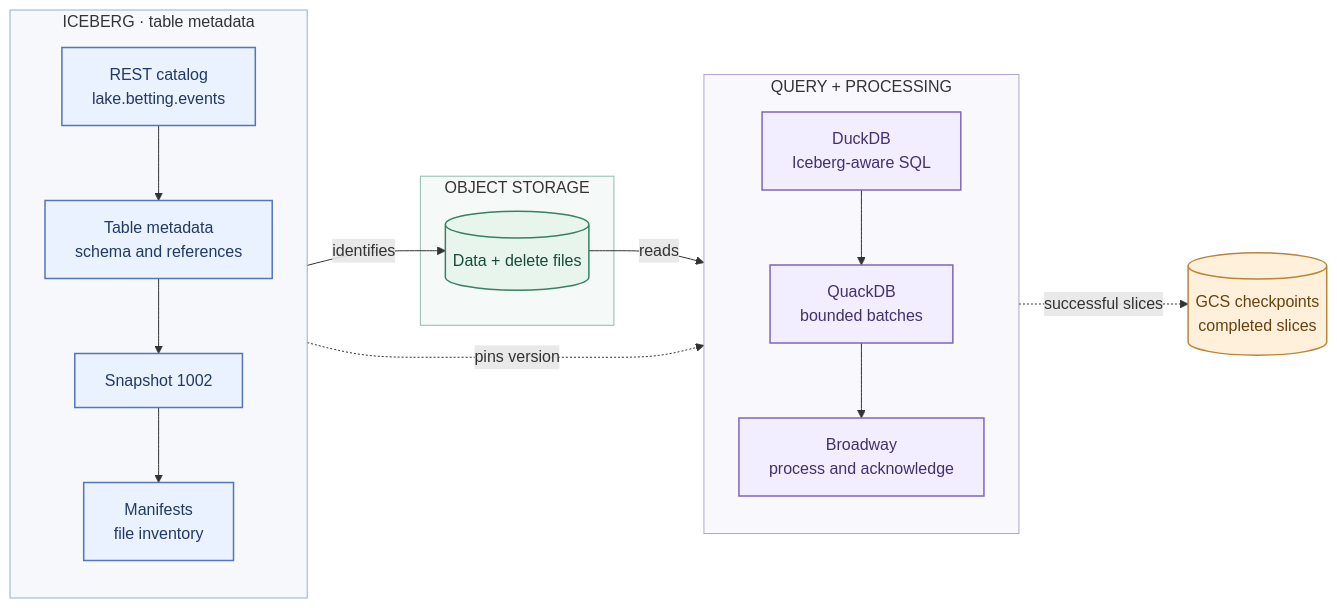
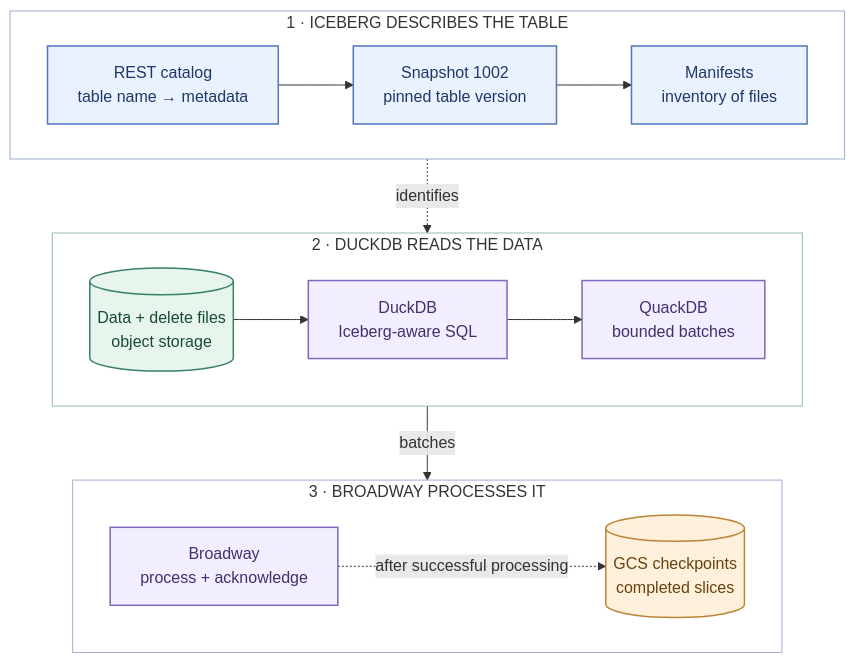
One commit to efcasado/off_broadway_iceberg changed the first of 5 diagrams in guides/iceberg-and-duckdb.md. Above: the diagram before and after it, drawn with Mermaid. The commit also changed other lines of this file, not shown here.

Commit message:
docs: clarify Mermaid data flow and independent slice readers

````diff
--- a/guides/iceberg-and-duckdb.md
+++ b/guides/iceberg-and-duckdb.md
@@ -28,42 +28,40 @@
 ```mermaid
-flowchart LR
-    subgraph Iceberg["ICEBERG · table metadata"]
-        direction TB
-        C["REST catalog<br/>lake.betting.events"]
-        M["Table metadata<br/>schema and references"]
-        S["Snapshot 1002"]
-        L["Manifests<br/>file inventory"]
-        C --> M --> S --> L
+flowchart TB
+    subgraph Meta["1 · ICEBERG DESCRIBES THE TABLE"]
+        direction LR
+        C["REST catalog<br/>table name → metadata"]
+        S["Snapshot 1002<br/>pinned table version"]
+        L["Manifests<br/>inventory of files"]
+        C --> S --> L
     end
 
-    subgraph Storage["OBJECT STORAGE"]
-        F[("Data + delete files")]
+    subgraph Read["2 · DUCKDB READS THE DATA"]
+        direction LR
+        F[("Data + delete files<br/>object storage")]
+        D["DuckDB<br/>Iceberg-aware SQL"]
+        Q["QuackDB<br/>bounded batches"]
+        F --> D --> Q
     end
 
-    subgraph Pipeline["QUERY + PROCESSING"]
-        direction TB
-        D["DuckDB<br/>Iceberg-aware SQL"]
-        Q["QuackDB<br/>bounded batches"]
-        B["Broadway<br/>process and acknowledge"]
-        D --> Q --> B
+    subgraph Process["3 · BROADWAY PROCESSES IT"]
+        direction LR
+        B["Broadway<br/>process + acknowledge"]
+        G[("GCS checkpoints<br/>completed slices")]
+        B -.->|after successful processing| G
     end
 
-    G[("GCS checkpoints<br/>completed slices")]
+    L -.->|identifies| F
+    Q -->|batches| B
 
-    L -->|identifies| F
-    F -->|reads| D
-    S -.->|pins version| D
-    B -.->|successful slices| G
-
-    classDef catalog fill:#eaf1ff,stroke:#5275bd,color:#203965,stroke-width:1.5px
+    classDef metadata fill:#eaf1ff,stroke:#5275bd,color:#203965,stroke-width:1.5px
     classDef files fill:#e7f5ed,stroke:#378263,color:#174b38,stroke-width:1.5px
     classDef compute fill:#f2edff,stroke:#8066bb,color:#42316c,stroke-width:1.5px
     classDef durable fill:#fff0db,stroke:#b98539,color:#68420d,stroke-width:1.5px
-    class C,M,S,L catalog
+    class C,S,L metadata
     class F files
     class D,Q,B compute
     class G durable
-    style Iceberg fill:#5275bd0c,stroke:#9aadd0,stroke-width:1px
-    style Storage fill:#3782630c,stroke:#92bca9,stroke-width:1px
-    style Pipeline fill:#8066bb0c,stroke:#b3a5d4,stroke-width:1px
+    style Meta fill:transparent,stroke:#9aadd0
+    style Read fill:transparent,stroke:#92bca9
+    style Process fill:transparent,stroke:#b3a5d4
 ```
````
